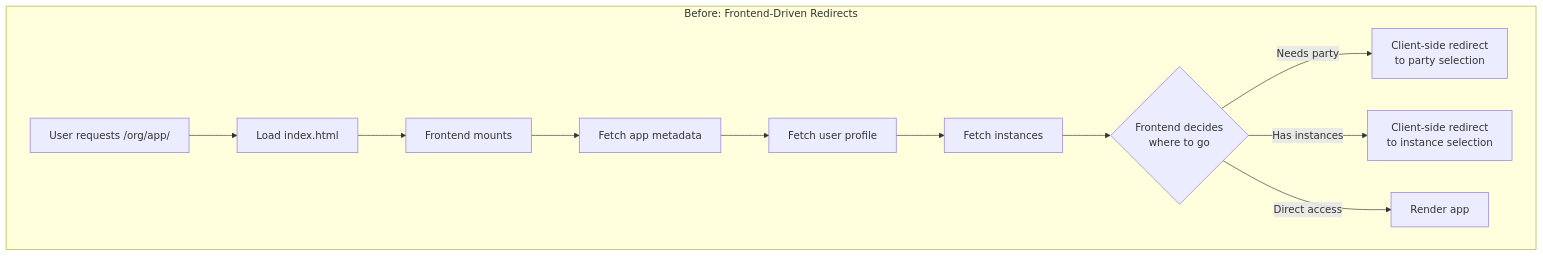
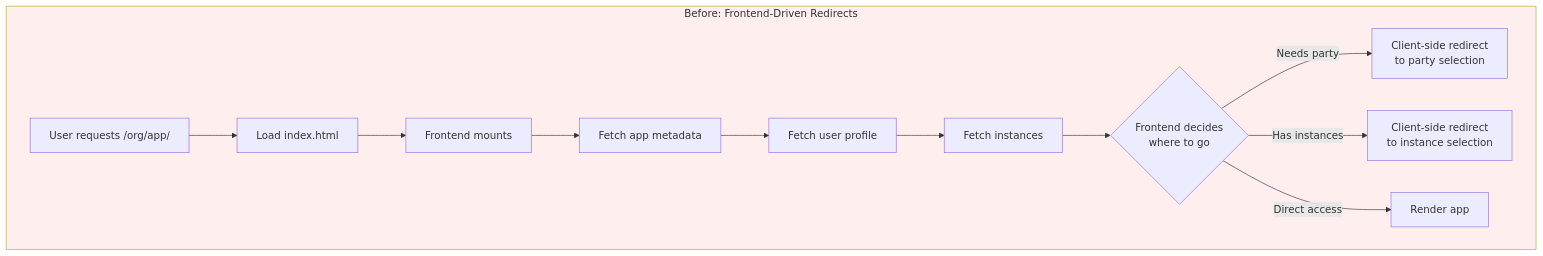
The second of 3 diagrams in adr/002-backend-data-initialization.md (Altinn/app-frontend-react), drawn with Mermaid before and after one commit. The commit also changed other lines of this file, not shown here.

````diff
--- a/adr/002-backend-data-initialization.md
+++ b/adr/002-backend-data-initialization.md
@@ -128,15 +128,17 @@
 ```mermaid
 flowchart TD
 subgraph Before["Before: Frontend-Driven Redirects"]
 B1[User requests /org/app/] --> B2[Load index.html]
 B2 --> B3[Frontend mounts]
 B3 --> B4[Fetch app metadata]
 B4 --> B5[Fetch user profile]
 B5 --> B6[Fetch instances]
 B6 --> B7{Frontend decides<br/>where to go}
 B7 -->|Needs party| B8[Client-side redirect<br/>to party selection]
 B7 -->|Has instances| B9[Client-side redirect<br/>to instance selection]
 B7 -->|Direct access| B10[Render app]
 end
 
+style Before fill:#ffeeee
+
 ```
````
